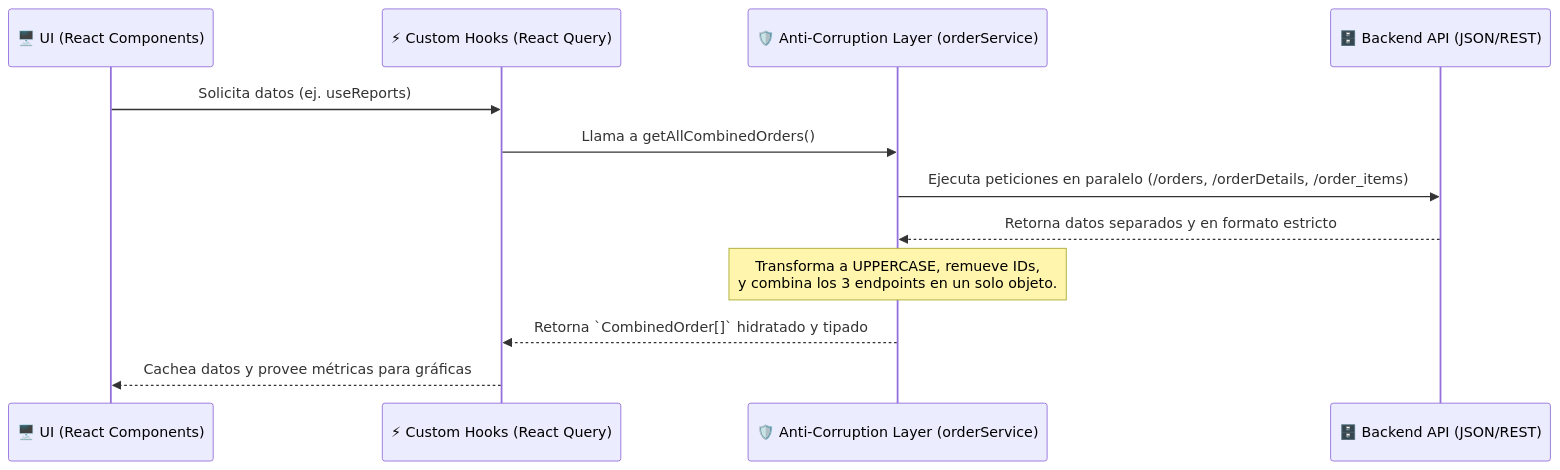
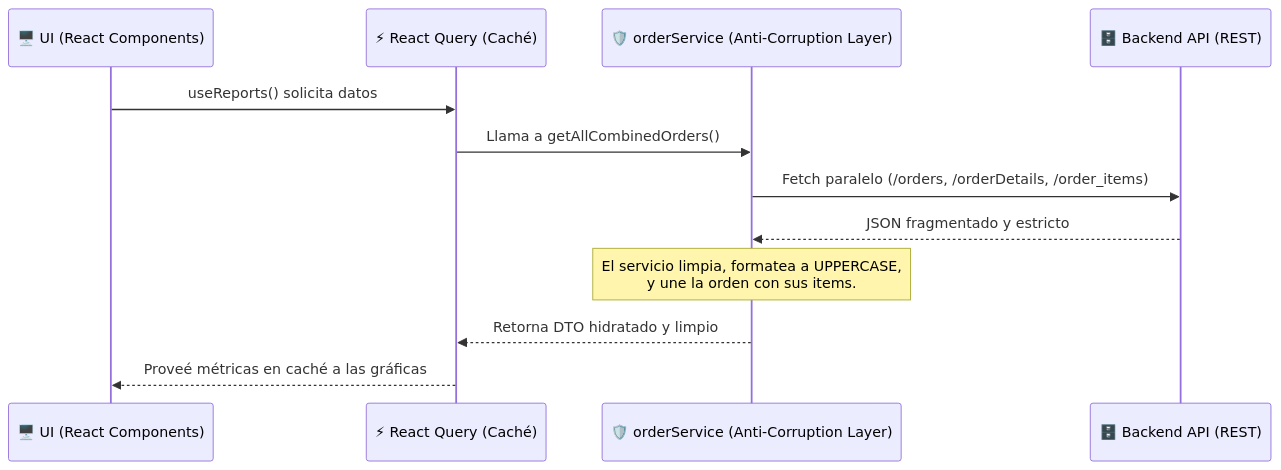
The first of 2 diagrams in README.md (CaracheoAdan/servicio-al-cliente-frontend), drawn with Mermaid before and after one commit. The commit also changed other lines of this file, not shown here.

Commit message:
docs: Fix Mermaid syntax and expand architectural graphs

````diff
--- a/README.md
+++ b/README.md
@@ -11,15 +24,15 @@
 ```mermaid
 sequenceDiagram
     participant UI as 🖥️ UI (React Components)
-    participant Hook as ⚡ Custom Hooks (React Query)
-    participant ACL as 🛡️ Anti-Corruption Layer (orderService)
-    participant API as 🗄️ Backend API (JSON/REST)
+    participant RQ as ⚡ React Query (Caché)
+    participant ACL as 🛡️ orderService (Anti-Corruption Layer)
+    participant API as 🗄️ Backend API (REST)
 
-    UI->>Hook: Solicita datos (ej. useReports)
-    Hook->>ACL: Llama a getAllCombinedOrders()
-    ACL->>API: Ejecuta peticiones en paralelo (/orders, /orderDetails, /order_items)
-    API-->>ACL: Retorna datos separados y en formato estricto
-    Note over ACL: Transforma a UPPERCASE, remueve IDs,<br>y combina los 3 endpoints en un solo objeto.
-    ACL-->>Hook: Retorna `CombinedOrder[]` hidratado y tipado
-    Hook-->>UI: Cachea datos y provee métricas para gráficas
+    UI->>RQ: useReports() solicita datos
+    RQ->>ACL: Llama a getAllCombinedOrders()
+    ACL->>API: Fetch paralelo (/orders, /orderDetails, /order_items)
+    API-->>ACL: JSON fragmentado y estricto
+    Note over ACL: El servicio limpia, formatea a UPPERCASE,<br/>y une la orden con sus items.
+    ACL-->>RQ: Retorna DTO hidratado y limpio
+    RQ-->>UI: Proveé métricas en caché a las gráficas
 ```
````
